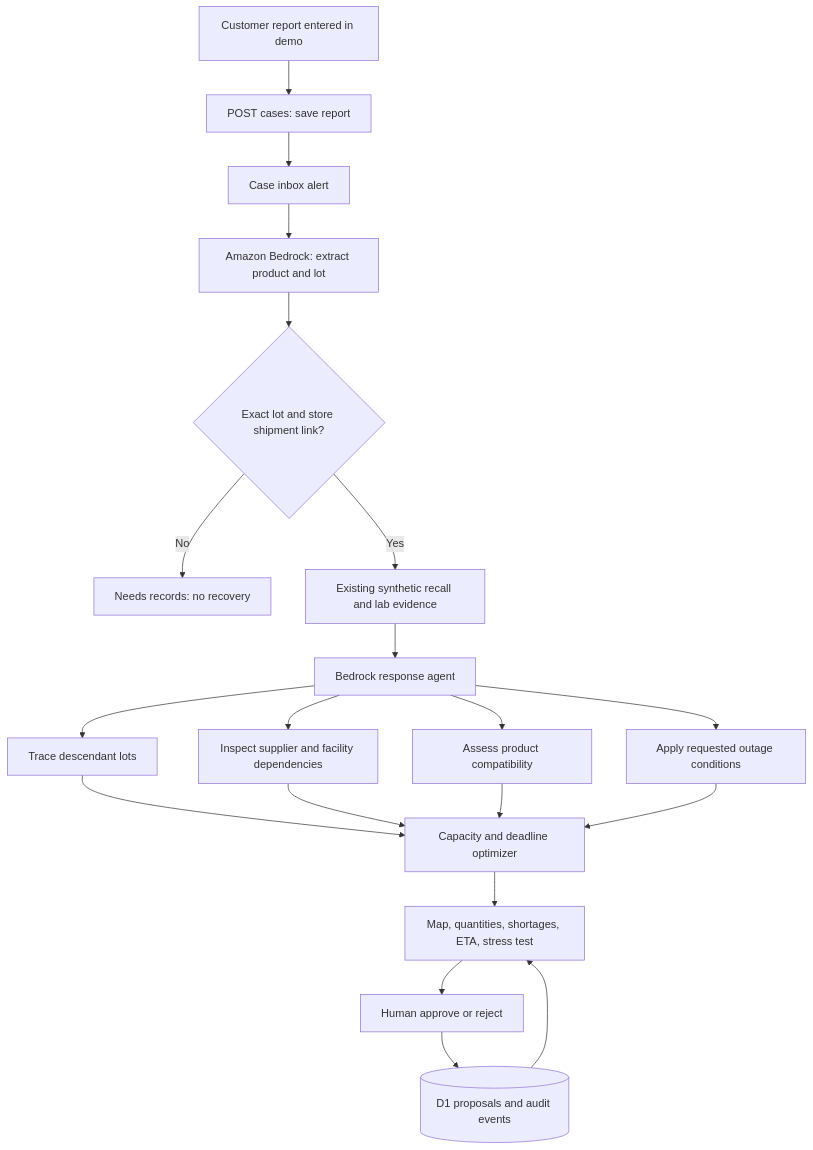
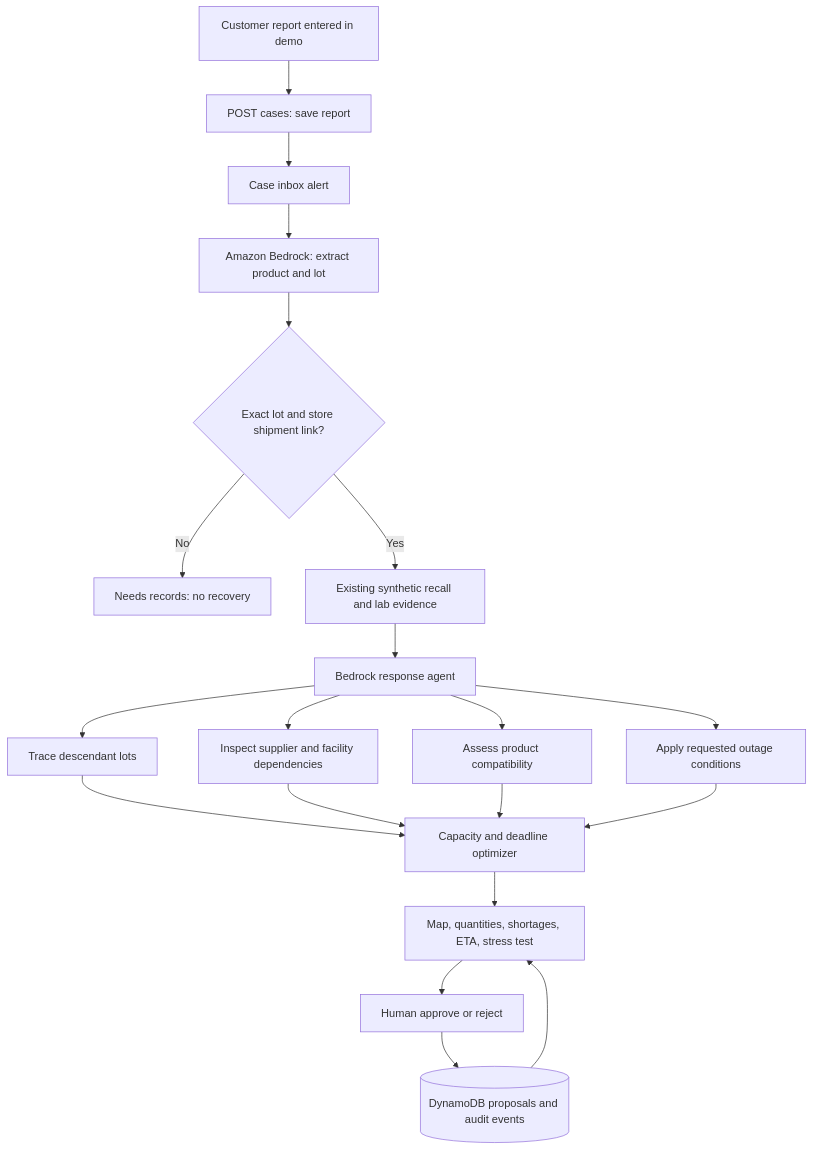
One commit to hyuntori2000/supply-continuity changed the diagram in docs/ARCHITECTURE.md. Above: the diagram before and after it, drawn with Mermaid. The commit also changed other lines of this file and 15 other files, not shown here.

````diff
--- a/docs/ARCHITECTURE.md
+++ b/docs/ARCHITECTURE.md
@@ -3,22 +3,22 @@
 ```mermaid
 flowchart TD
  U[Customer report entered in demo] --> C[POST cases: save report]
  C --> N[Case inbox alert]
  N --> B[Amazon Bedrock: extract product and lot]
  B --> V{Exact lot and store shipment link?}
  V -->|No| M[Needs records: no recovery]
  V -->|Yes| E[Existing synthetic recall and lab evidence]
  E --> A[Bedrock response agent]
  A --> T[Trace descendant lots]
  A --> D[Inspect supplier and facility dependencies]
  A --> P[Assess product compatibility]
  A --> S[Apply requested outage conditions]
  T --> O[Capacity and deadline optimizer]
  D --> O
  P --> O
  S --> O
  O --> UI[Map, quantities, shortages, ETA, stress test]
  UI --> H[Human approve or reject]
- H --> DB[(D1 proposals and audit events)]
+ H --> DB[(DynamoDB proposals and audit events)]
  DB --> UI
 ```
````
